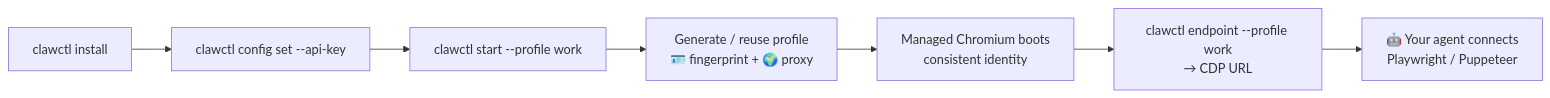
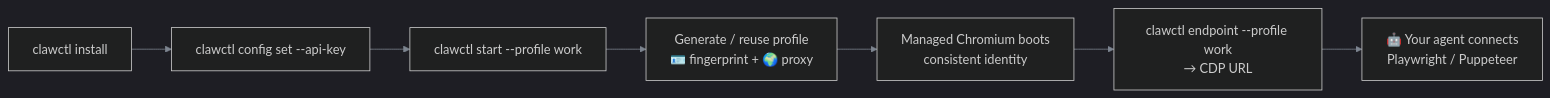
The second of 2 diagrams in README.md (clawbrowser/clawbrowser), drawn with Mermaid before and after one commit. The commit also changed other lines of this file, not shown here.

````diff
--- a/README.md
+++ b/README.md
@@ -263,9 +264,10 @@
 ```mermaid
+%%{init: {'theme':'dark', 'themeVariables': {'background':'#0d1117','primaryColor':'#161b22','primaryTextColor':'#e6edf3','primaryBorderColor':'#30363d','lineColor':'#7d8590'}}}%%
 flowchart LR
     Install["clawctl install"] --> Key["clawctl config set --api-key"]
     Key --> Start["clawctl start --profile work"]
     Start --> Profile["Generate / reuse profile<br/>🪪 fingerprint + 🌍 proxy"]
     Profile --> Boot["Managed Chromium boots<br/>consistent identity"]
     Boot --> Endpoint["clawctl endpoint --profile work<br/>→ CDP URL"]
     Endpoint --> Agent["🤖 Your agent connects<br/>Playwright / Puppeteer"]
 ```
````
